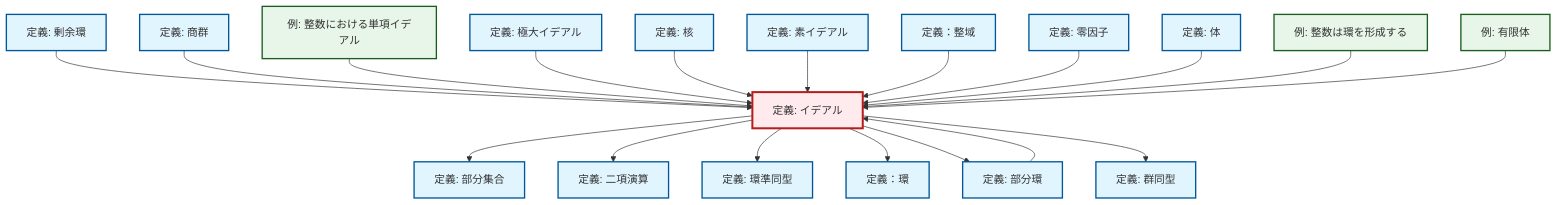
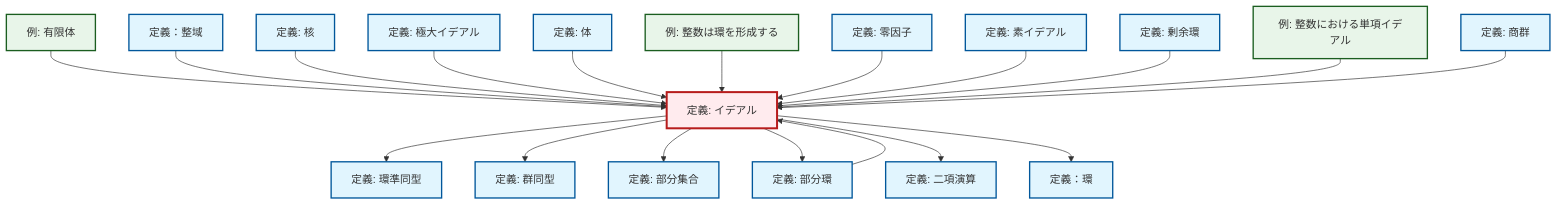
The diagram in content/ja/algebra/def-ideal.qmd (RK0429/ModernMath), drawn with Mermaid before and after one commit. The commit also changed other lines of this file and 328 other files, not shown here.

````diff
--- a/content/ja/algebra/def-ideal.qmd
+++ b/content/ja/algebra/def-ideal.qmd
@@ -84,63 +84,63 @@
 ```{mermaid}
 %%| fig-cap: "ローカル依存関係グラフ"
 graph TD
     classDef definition fill:#e1f5fe,stroke:#01579b,stroke-width:2px
     classDef theorem fill:#f3e5f5,stroke:#4a148c,stroke-width:2px
     classDef axiom fill:#fff3e0,stroke:#e65100,stroke-width:2px
     classDef example fill:#e8f5e9,stroke:#1b5e20,stroke-width:2px
     classDef current fill:#ffebee,stroke:#b71c1c,stroke-width:3px
-    def-quotient-group["定義: 商群"]:::definition
+    ex-finite-field["例: 有限体"]:::example
+    def-integral-domain["定義：整域"]:::definition
+    def-ideal["定義: イデアル"]:::definition
+    def-zero-divisor["定義: 零因子"]:::definition
+    ex-integers-ring["例: 整数は環を形成する"]:::example
+    ex-principal-ideal["例: 整数における単項イデアル"]:::example
+    def-kernel["定義: 核"]:::definition
+    def-field["定義: 体"]:::definition
+    def-ring["定義：環"]:::definition
+    def-isomorphism["定義: 群同型"]:::definition
+    def-prime-ideal["定義: 素イデアル"]:::definition
+    def-quotient-ring["定義: 剰余環"]:::definition
+    def-subset["定義: 部分集合"]:::definition
     def-binary-operation["定義: 二項演算"]:::definition
-    def-isomorphism["定義: 群同型"]:::definition
     def-subring["定義: 部分環"]:::definition
     def-maximal-ideal["定義: 極大イデアル"]:::definition
-    def-integral-domain["定義：整域"]:::definition
+    def-quotient-group["定義: 商群"]:::definition
     def-ring-homomorphism["定義: 環準同型"]:::definition
-    def-subset["定義: 部分集合"]:::definition
-    def-prime-ideal["定義: 素イデアル"]:::definition
-    def-ideal["定義: イデアル"]:::definition
-    def-ring["定義：環"]:::definition
-    def-zero-divisor["定義: 零因子"]:::definition
-    ex-principal-ideal["例: 整数における単項イデアル"]:::example
-    def-quotient-ring["定義: 剰余環"]:::definition
-    ex-finite-field["例: 有限体"]:::example
-    def-field["定義: 体"]:::definition
-    def-kernel["定義: 核"]:::definition
-    ex-integers-ring["例: 整数は環を形成する"]:::example
+    ex-finite-field --> def-ideal
+    def-integral-domain --> def-ideal
+    def-kernel --> def-ideal
+    def-ideal --> def-ring-homomorphism
+    def-maximal-ideal --> def-ideal
+    def-field --> def-ideal
+    def-ideal --> def-isomorphism
+    ex-integers-ring --> def-ideal
+    def-subring --> def-ideal
     def-ideal --> def-subset
+    def-ideal --> def-subring
+    def-zero-divisor --> def-ideal
+    def-prime-ideal --> def-ideal
+    def-ideal --> def-binary-operation
     def-quotient-ring --> def-ideal
+    ex-principal-ideal --> def-ideal
+    def-ideal --> def-ring
     def-quotient-group --> def-ideal
-    def-ideal --> def-binary-operation
-    def-ideal --> def-ring-homomorphism
-    ex-principal-ideal --> def-ideal
-    def-maximal-ideal --> def-ideal
-    def-kernel --> def-ideal
-    def-prime-ideal --> def-ideal
-    def-integral-domain --> def-ideal
-    def-zero-divisor --> def-ideal
-    def-subring --> def-ideal
-    def-field --> def-ideal
-    ex-integers-ring --> def-ideal
-    ex-finite-field --> def-ideal
-    def-ideal --> def-ring
-    def-ideal --> def-subring
-    def-ideal --> def-isomorphism
     class def-ideal current
-    click def-quotient-group "def-quotient-group.html" "商群の定義へ"
+    click ex-finite-field "ex-finite-field.html" "有限体の例へ"
+    click def-integral-domain "def-integral-domain.html" "定義：整域へ"
+    click def-zero-divisor "def-zero-divisor.html" "零因子の定義へ"
+    click ex-integers-ring "ex-integers-ring.html" "整数は環を形成するの例へ"
+    click ex-principal-ideal "ex-principal-ideal.html" "整数における単項イデアルの例へ"
+    click def-kernel "def-kernel.html" "核の定義へ"
+    click def-field "def-field.html" "体の定義へ"
+    click def-ring "def-ring.html" "定義：環へ"
+    click def-isomorphism "def-isomorphism.html" "群同型の定義へ"
+    click def-prime-ideal "def-prime-ideal.html" "素イデアルの定義へ"
+    click def-quotient-ring "def-quotient-ring.html" "剰余環の定義へ"
+    click def-subset "def-subset.html" "部分集合の定義へ"
     click def-binary-operation "def-binary-operation.html" "二項演算の定義へ"
-    click def-isomorphism "def-isomorphism.html" "群同型の定義へ"
     click def-subring "def-subring.html" "部分環の定義へ"
     click def-maximal-ideal "def-maximal-ideal.html" "極大イデアルの定義へ"
-    click def-integral-domain "def-integral-domain.html" "定義：整域へ"
+    click def-quotient-group "def-quotient-group.html" "商群の定義へ"
     click def-ring-homomorphism "def-ring-homomorphism.html" "環準同型の定義へ"
-    click def-subset "def-subset.html" "部分集合の定義へ"
-    click def-prime-ideal "def-prime-ideal.html" "素イデアルの定義へ"
-    click def-ring "def-ring.html" "定義：環へ"
-    click def-zero-divisor "def-zero-divisor.html" "零因子の定義へ"
-    click ex-principal-ideal "ex-principal-ideal.html" "整数における単項イデアルの例へ"
-    click def-quotient-ring "def-quotient-ring.html" "剰余環の定義へ"
-    click ex-finite-field "ex-finite-field.html" "有限体の例へ"
-    click def-field "def-field.html" "体の定義へ"
-    click def-kernel "def-kernel.html" "核の定義へ"
-    click ex-integers-ring "ex-integers-ring.html" "整数は環を形成するの例へ"
 ```
````
